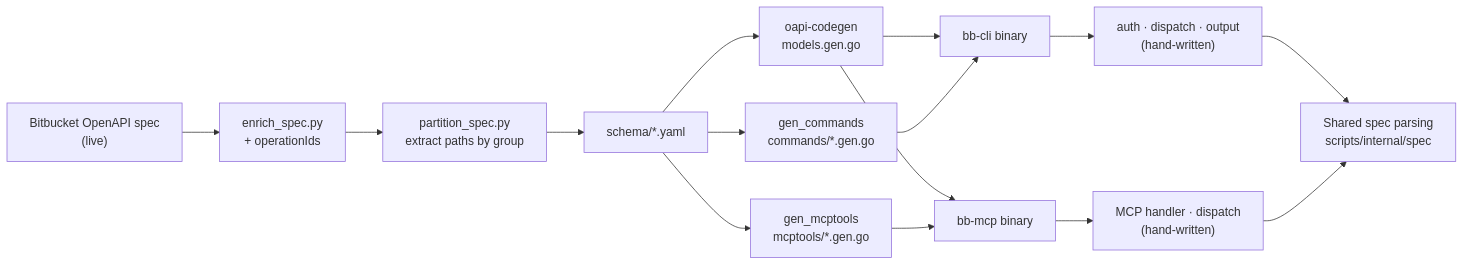
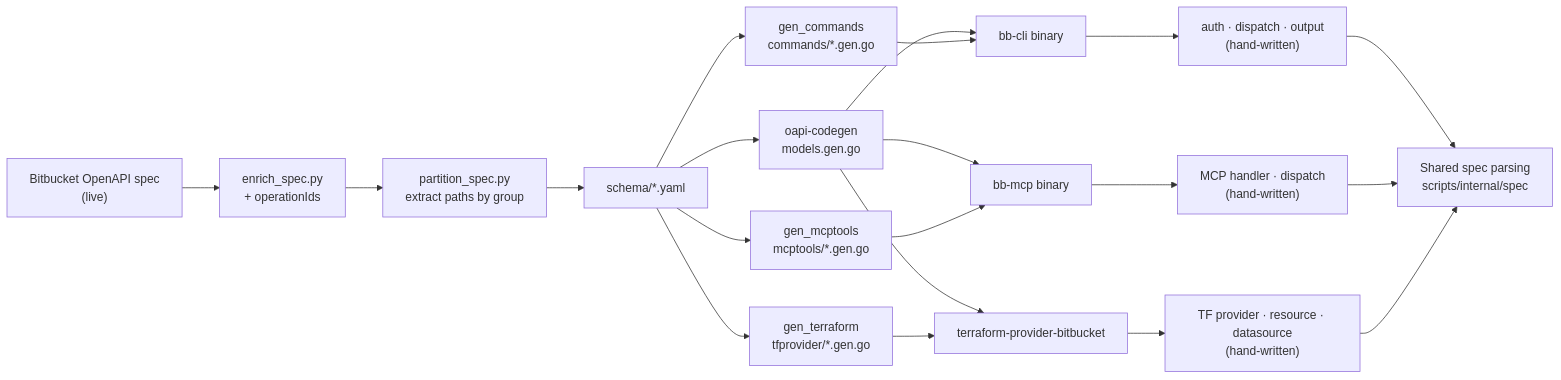
One commit to FabianSchurig/bitbucket-cli changed the diagram in README.md. Above: the diagram before and after it, drawn with Mermaid. The commit also changed other lines of this file and 382 other files, not shown here.

First line of the commit message:
feat: add Terraform provider with auto-generated Bitbucket resources (#22)

````diff
--- a/README.md
+++ b/README.md
@@ -21,14 +22,17 @@
 ```mermaid
 flowchart LR
     A["Bitbucket OpenAPI spec\n(live)"] --> B["enrich_spec.py\n+ operationIds"]
     B --> C["partition_spec.py\nextract paths by group"]
     C --> D["schema/*.yaml"]
     D --> E["oapi-codegen\nmodels.gen.go"]
     D --> F["gen_commands\ncommands/*.gen.go"]
     D --> G["gen_mcptools\nmcptools/*.gen.go"]
+    D --> TF["gen_terraform\ntfprovider/*.gen.go"]
     E & F --> H["bb-cli binary"]
     E & G --> I["bb-mcp binary"]
+    E & TF --> P["terraform-provider-bitbucket"]
     H --> J["auth · dispatch · output\n(hand-written)"]
     I --> K["MCP handler · dispatch\n(hand-written)"]
-    J & K --> L["Shared spec parsing\nscripts/internal/spec"]
+    P --> M["TF provider · resource · datasource\n(hand-written)"]
+    J & K & M --> L["Shared spec parsing\nscripts/internal/spec"]
 ```
````
